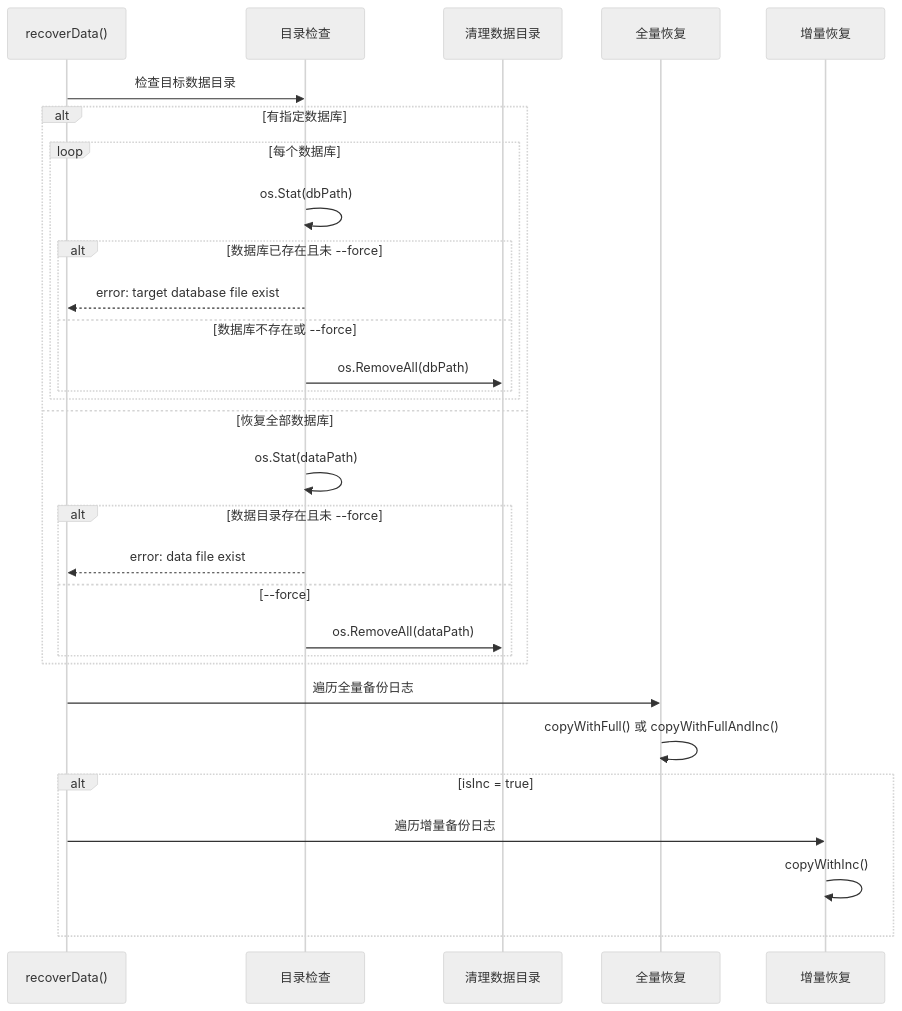
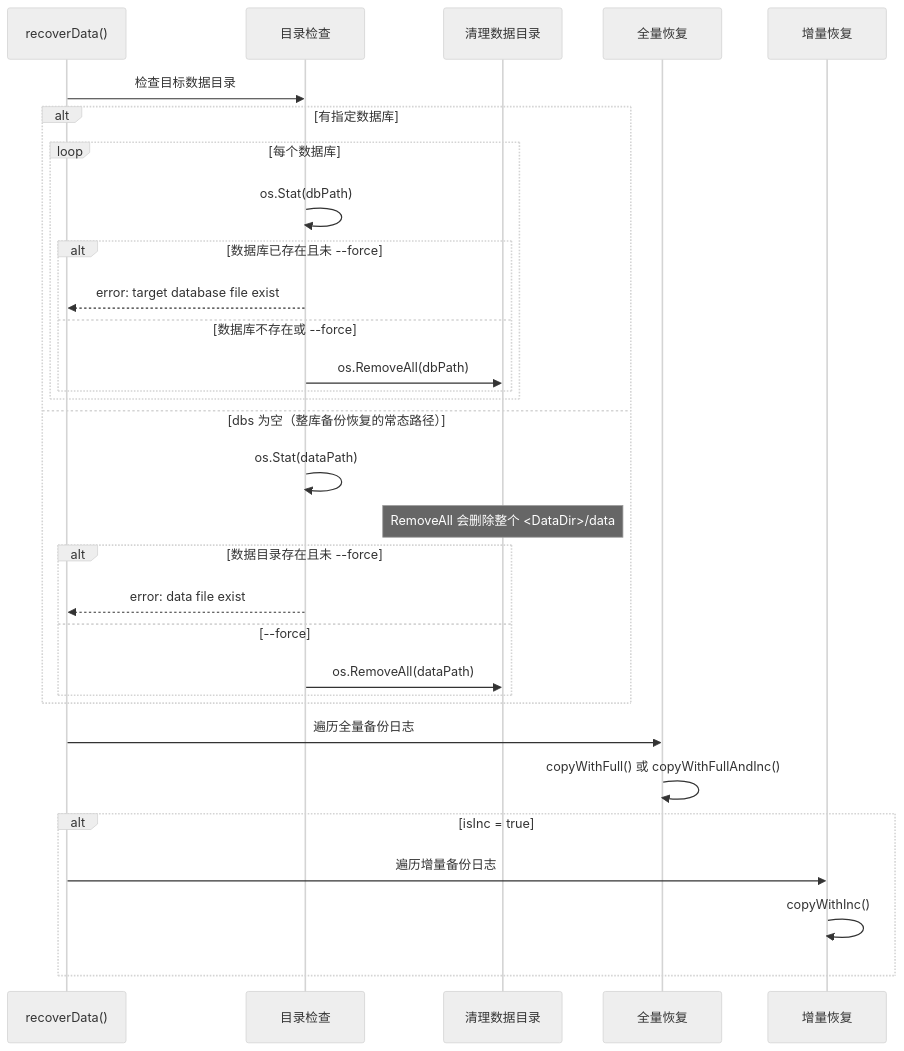
One commit to stefanv5/openGemini changed the fourth of 11 diagrams in docs/specs/35_recovery_tool_spec.md. Above: the diagram before and after it, drawn with Mermaid (neutral theme). The commit also changed other lines of this file and 37 other files, not shown here.

````diff
--- a/docs/specs/35_recovery_tool_spec.md
+++ b/docs/specs/35_recovery_tool_spec.md
@@ -296,36 +318,37 @@
 ```mermaid
 sequenceDiagram
     participant RD as recoverData()
     participant Check as 目录检查
     participant Clean as 清理数据目录
     participant Full as 全量恢复
     participant Inc as 增量恢复
 
     RD->>Check: 检查目标数据目录
 
     alt 有指定数据库
         loop 每个数据库
             Check->>Check: os.Stat(dbPath)
             alt 数据库已存在且未 --force
                 Check-->>RD: error: target database file exist
             else 数据库不存在或 --force
                 Check->>Clean: os.RemoveAll(dbPath)
             end
         end
-    else 恢复全部数据库
+    else dbs 为空（整库备份恢复的常态路径）
         Check->>Check: os.Stat(dataPath)
+        Note over Clean: RemoveAll 会删除整个 <DataDir>/data
         alt 数据目录存在且未 --force
             Check-->>RD: error: data file exist
         else --force
             Check->>Clean: os.RemoveAll(dataPath)
         end
     end
 
     RD->>Full: 遍历全量备份日志
     Full->>Full: copyWithFull() 或 copyWithFullAndInc()
 
     alt isInc = true
         RD->>Inc: 遍历增量备份日志
         Inc->>Inc: copyWithInc()
     end
 ```
````
